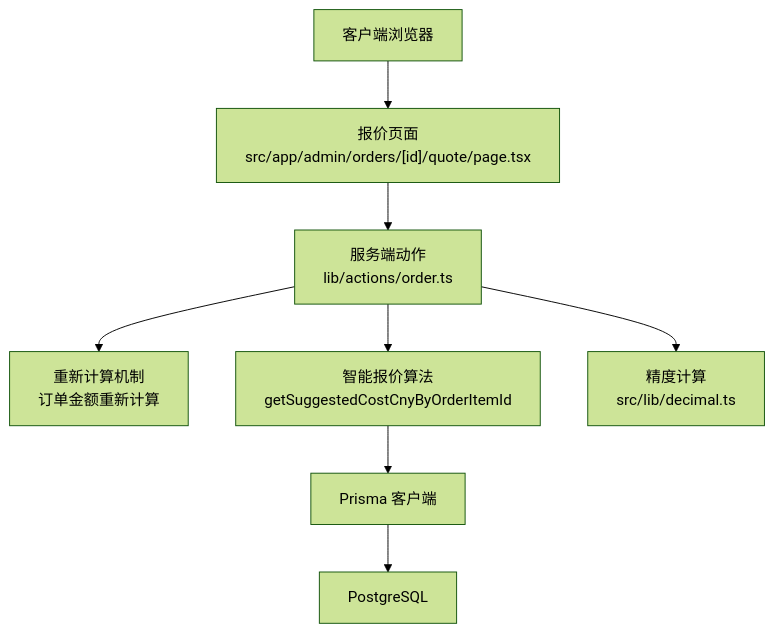
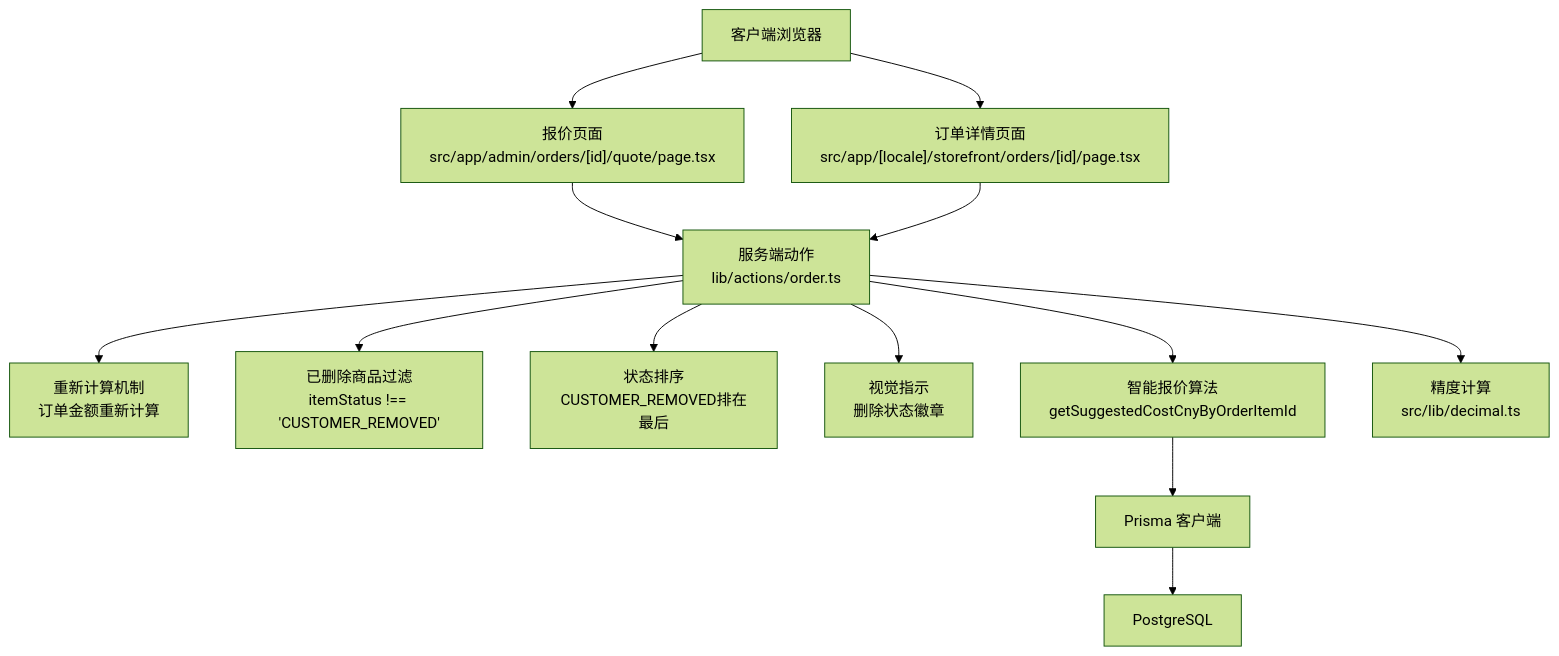
One commit to three3638-arch/celestia_2b changed the second of 11 diagrams in .qoder/repowiki/zh/content/管理后台系统/订单管理系统.md. Above: the diagram before and after it, drawn with Mermaid (forest theme). The commit also changed other lines of this file and 5 other files, not shown here.

````diff
--- a/.qoder/repowiki/zh/content/管理后台系统/订单管理系统.md
+++ b/.qoder/repowiki/zh/content/管理后台系统/订单管理系统.md
@@ -104,18 +127,27 @@
 ```mermaid
 graph TB
 Client["客户端浏览器"]
 QuotePage["报价页面<br/>src/app/admin/orders/[id]/quote/page.tsx"]
+OrderDetail["订单详情页面<br/>src/app/[locale]/storefront/orders/[id]/page.tsx"]
 Action["服务端动作<br/>lib/actions/order.ts"]
 Recompute["重新计算机制<br/>订单金额重新计算"]
+Filter["已删除商品过滤<br/>itemStatus !== 'CUSTOMER_REMOVED'"]
+Sort["状态排序<br/>CUSTOMER_REMOVED排在最后"]
+Visual["视觉指示<br/>删除状态徽章"]
 Algo["智能报价算法<br/>getSuggestedCostCnyByOrderItemId"]
 Prisma["Prisma 客户端"]
 PG["PostgreSQL"]
 DECIMAL["精度计算<br/>src/lib/decimal.ts"]
 Client --> QuotePage
+Client --> OrderDetail
 QuotePage --> Action
+OrderDetail --> Action
 Action --> Recompute
+Action --> Filter
+Action --> Sort
+Action --> Visual
 Action --> Algo
 Algo --> Prisma
 Prisma --> PG
 Action --> DECIMAL
 ```
````
